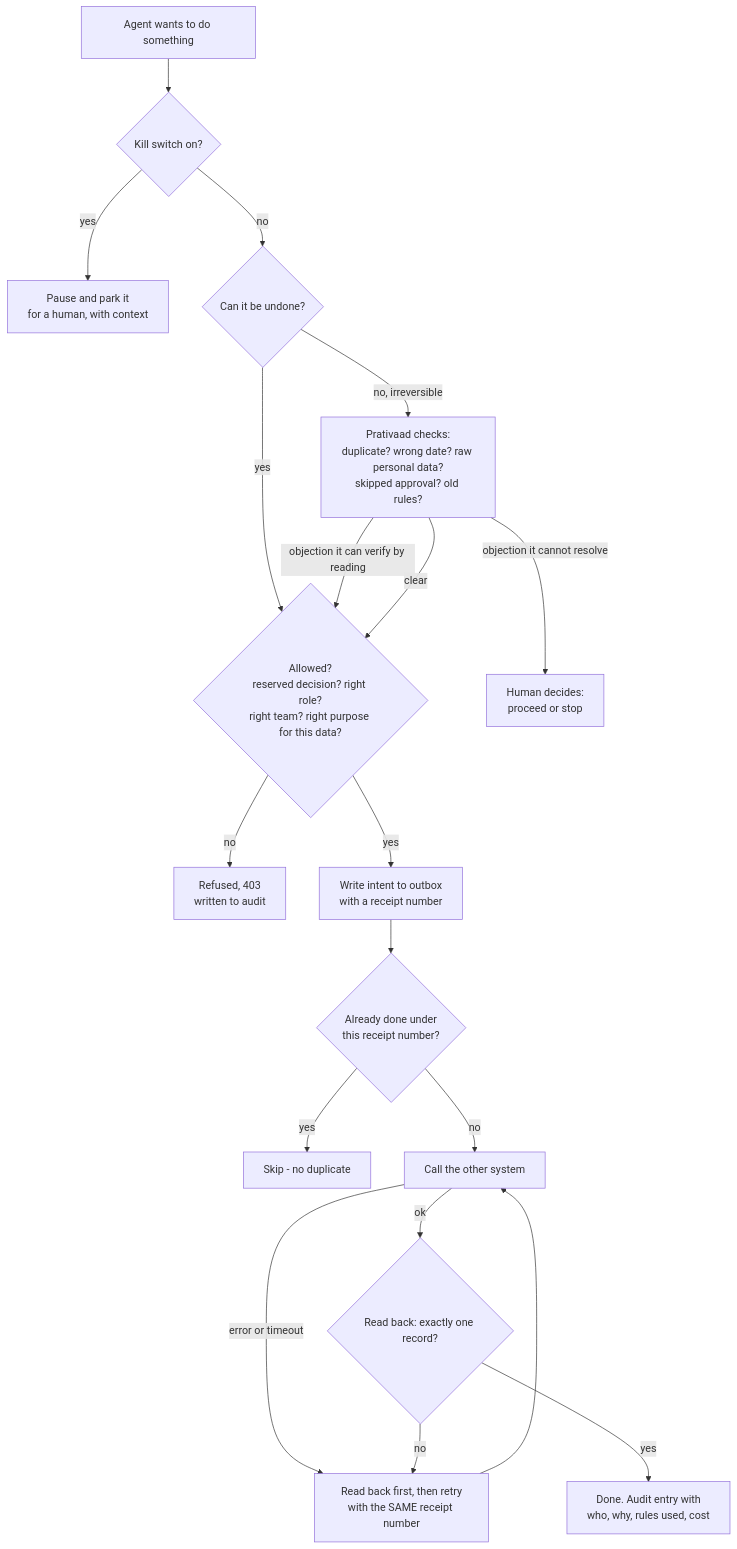
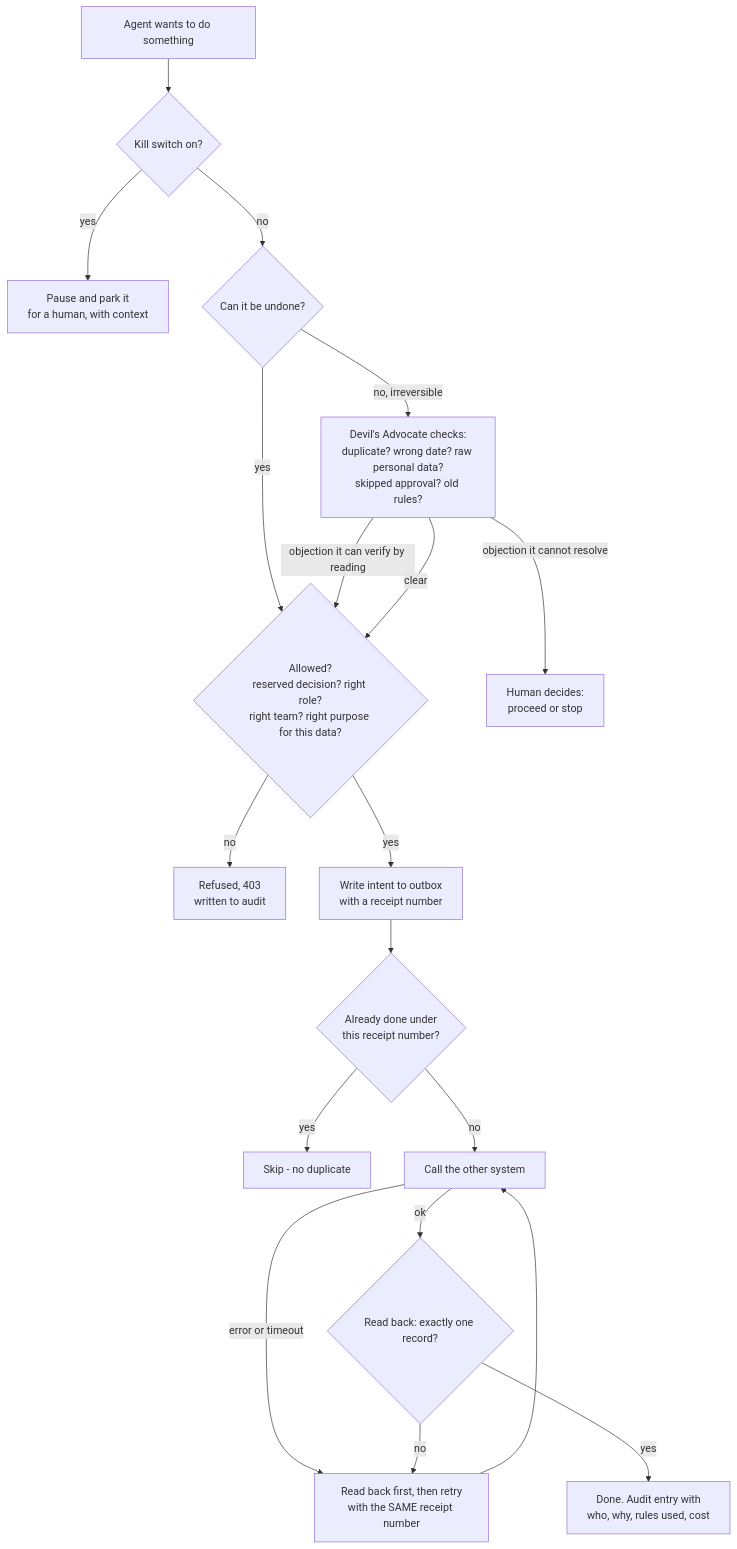
One commit to sumeettummarmatti/Darwin changed the second of 6 diagrams in docs/ARCHITECTURE_DIAGRAMS.md. Above: the diagram before and after it, drawn with Mermaid. The commit also changed other lines of this file and 23 other files, not shown here.

First line of the commit message:
docs: rename to HR Autopilot, Gatekeeper, Devil's Advocate and FairHire

````diff
--- a/docs/ARCHITECTURE_DIAGRAMS.md
+++ b/docs/ARCHITECTURE_DIAGRAMS.md
@@ -67,22 +67,22 @@
 ```mermaid
 flowchart TD
     A["Agent wants to do something"] --> K{"Kill switch on?"}
     K -->|yes| PARK["Pause and park it<br/>for a human, with context"]
     K -->|no| P{"Can it be undone?"}
-    P -->|"no, irreversible"| DA["Prativaad checks:<br/>duplicate? wrong date? raw personal data?<br/>skipped approval? old rules?"]
+    P -->|"no, irreversible"| DA["Devil's Advocate checks:<br/>duplicate? wrong date? raw personal data?<br/>skipped approval? old rules?"]
     P -->|yes| AUTH
     DA -->|"objection it can verify by reading"| AUTH
     DA -->|"objection it cannot resolve"| HUMAN["Human decides:<br/>proceed or stop"]
     DA -->|clear| AUTH
     AUTH{"Allowed?<br/>reserved decision? right role?<br/>right team? right purpose for this data?"}
     AUTH -->|"no"| REFUSE["Refused, 403<br/>written to audit"]
     AUTH -->|yes| BOX["Write intent to outbox<br/>with a receipt number"]
     BOX --> DONE{"Already done under<br/>this receipt number?"}
     DONE -->|yes| SKIP["Skip - no duplicate"]
     DONE -->|no| CALL["Call the other system"]
     CALL -->|"error or timeout"| RETRY["Read back first, then retry<br/>with the SAME receipt number"]
     RETRY --> CALL
     CALL -->|ok| VERIFY{"Read back: exactly one record?"}
     VERIFY -->|no| RETRY
     VERIFY -->|yes| LOG["Done. Audit entry with<br/>who, why, rules used, cost"]
 ```
````
